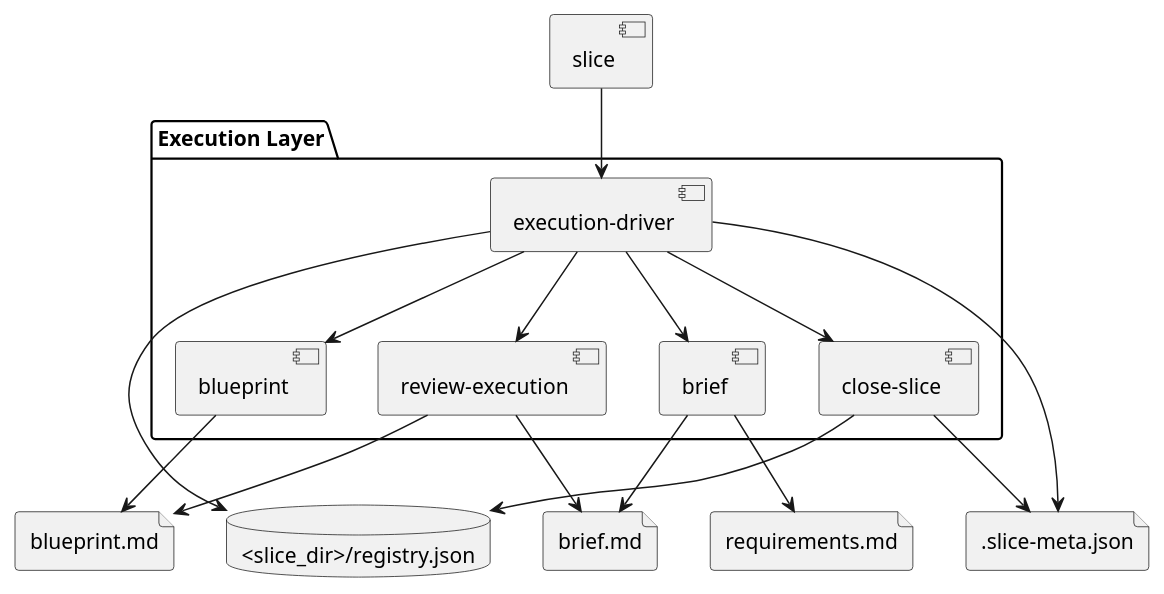
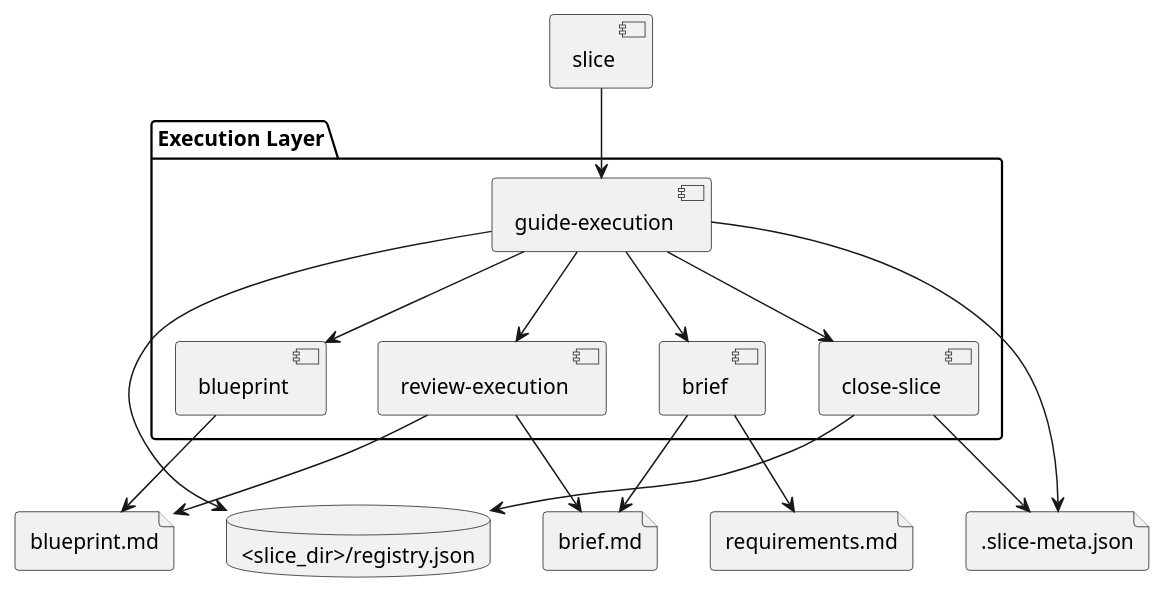
The diagram in docs/features/execution-workflow/system-design.md (sirius-cc-wu/sirius-skills), drawn with PlantUML before and after one commit. The commit also changed other lines of this file and 30 other files, not shown here.

````diff
--- a/docs/features/execution-workflow/system-design.md
+++ b/docs/features/execution-workflow/system-design.md
@@ -40,32 +41,32 @@
 ```plantuml
 @startuml
 package "Execution Layer" {
-  [execution-driver]
+  [guide-execution]
   [brief]
   [blueprint]
   [review-execution]
   [close-slice]
 }
 
 database "<slice_dir>/registry.json" as Registry
 file ".slice-meta.json" as Meta
 file "brief.md" as Brief
 file "blueprint.md" as PlanDoc
 file "requirements.md" as Requirements
 
-[slice] --> [execution-driver]
-[execution-driver] --> Registry
-[execution-driver] --> Meta
-[execution-driver] --> [brief]
-[execution-driver] --> [blueprint]
-[execution-driver] --> [review-execution]
-[execution-driver] --> [close-slice]
+[slice] --> [guide-execution]
+[guide-execution] --> Registry
+[guide-execution] --> Meta
+[guide-execution] --> [brief]
+[guide-execution] --> [blueprint]
+[guide-execution] --> [review-execution]
+[guide-execution] --> [close-slice]
 [brief] --> Brief
 [brief] --> Requirements
 [blueprint] --> PlanDoc
 [review-execution] --> Brief
 [review-execution] --> PlanDoc
 [close-slice] --> Meta
 [close-slice] --> Registry
 @enduml
 ```
````
